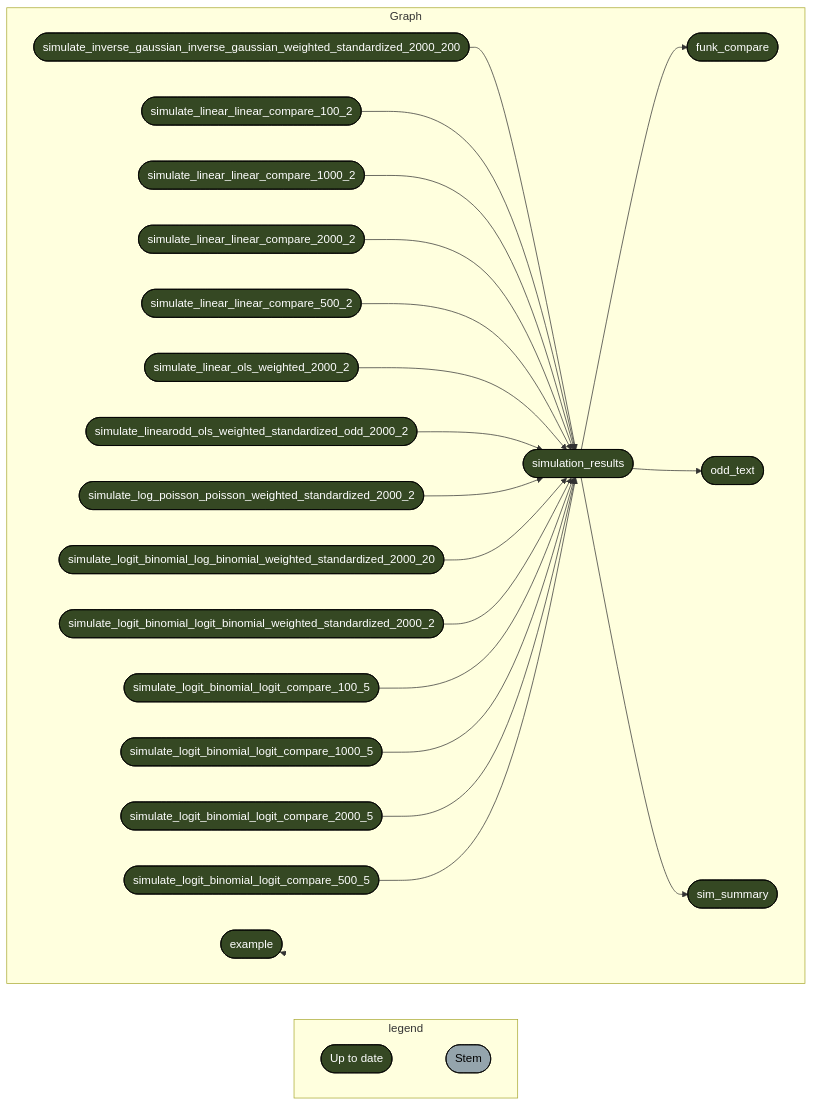
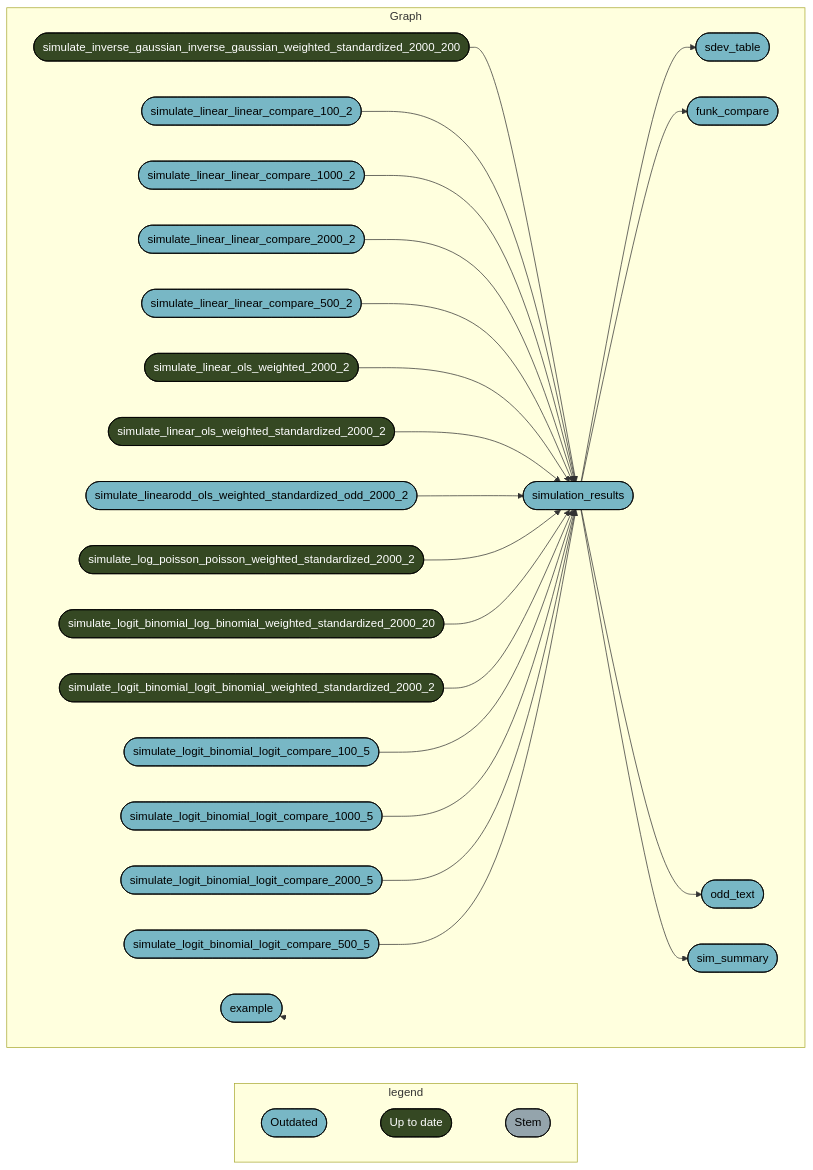
One commit to sachsmc/doubly-robust-glm changed the diagram in vis.mermaid. Above: the diagram before and after it, drawn with Mermaid. The commit also changed 3 other files, not shown here.

Commit message:
update graph

```diff
--- a/vis.mermaid
+++ b/vis.mermaid
@@ -1,30 +1,35 @@
 graph LR
   subgraph legend
     direction LR
+    x0a52b03877696646([""Outdated""]):::outdated --- x7420bd9270f8d27d([""Up to date""]):::uptodate
     x7420bd9270f8d27d([""Up to date""]):::uptodate --- xbf4603d6c2c2ad6b([""Stem""]):::none
   end
   subgraph Graph
     direction LR
-    xda319e07d75bcf17(["simulation_results"]):::uptodate --> x528a48b3a0beaa4a(["funk_compare"]):::uptodate
-    xda319e07d75bcf17(["simulation_results"]):::uptodate --> x096535d843ac58b4(["odd_text"]):::uptodate
-    xda319e07d75bcf17(["simulation_results"]):::uptodate --> x8df1cfa1cec0f4ca(["sim_summary"]):::uptodate
-    x9e69104330fdf6f8(["simulate_inverse_gaussian_inverse_gaussian_weighted_standardized_2000_200"]):::uptodate --> xda319e07d75bcf17(["simulation_results"]):::uptodate
-    x71467bd26b2548ad(["simulate_linear_linear_compare_100_2"]):::uptodate --> xda319e07d75bcf17(["simulation_results"]):::uptodate
-    xe01042d5af18e30e(["simulate_linear_linear_compare_1000_2"]):::uptodate --> xda319e07d75bcf17(["simulation_results"]):::uptodate
-    x116f146dea47cfe7(["simulate_linear_linear_compare_2000_2"]):::uptodate --> xda319e07d75bcf17(["simulation_results"]):::uptodate
-    x9eae9ce78ce473f4(["simulate_linear_linear_compare_500_2"]):::uptodate --> xda319e07d75bcf17(["simulation_results"]):::uptodate
-    x00130b7e30e0600b(["simulate_linear_ols_weighted_2000_2"]):::uptodate --> xda319e07d75bcf17(["simulation_results"]):::uptodate
-    x1e015faaad899be1(["simulate_linearodd_ols_weighted_standardized_odd_2000_2"]):::uptodate --> xda319e07d75bcf17(["simulation_results"]):::uptodate
-    x5ea0a7387f8b2ef9(["simulate_log_poisson_poisson_weighted_standardized_2000_2"]):::uptodate --> xda319e07d75bcf17(["simulation_results"]):::uptodate
-    xac3d6e69f58e5f12(["simulate_logit_binomial_log_binomial_weighted_standardized_2000_20"]):::uptodate --> xda319e07d75bcf17(["simulation_results"]):::uptodate
-    x99723e3e80a40ee6(["simulate_logit_binomial_logit_binomial_weighted_standardized_2000_2"]):::uptodate --> xda319e07d75bcf17(["simulation_results"]):::uptodate
-    x4cc6fc8d5fa9053a(["simulate_logit_binomial_logit_compare_100_5"]):::uptodate --> xda319e07d75bcf17(["simulation_results"]):::uptodate
-    x7649e25e048e52a8(["simulate_logit_binomial_logit_compare_1000_5"]):::uptodate --> xda319e07d75bcf17(["simulation_results"]):::uptodate
-    xee6f069e485dd697(["simulate_logit_binomial_logit_compare_2000_5"]):::uptodate --> xda319e07d75bcf17(["simulation_results"]):::uptodate
-    xe7cf092df7d54f75(["simulate_logit_binomial_logit_compare_500_5"]):::uptodate --> xda319e07d75bcf17(["simulation_results"]):::uptodate
-    xe6eda53558c41c5e(["example"]):::uptodate --> xe6eda53558c41c5e(["example"]):::uptodate
+    xda319e07d75bcf17(["simulation_results"]):::outdated --> x389ac23a8bc5790a(["sdev_table"]):::outdated
+    xda319e07d75bcf17(["simulation_results"]):::outdated --> x528a48b3a0beaa4a(["funk_compare"]):::outdated
+    xda319e07d75bcf17(["simulation_results"]):::outdated --> x096535d843ac58b4(["odd_text"]):::outdated
+    xda319e07d75bcf17(["simulation_results"]):::outdated --> x8df1cfa1cec0f4ca(["sim_summary"]):::outdated
+    x9e69104330fdf6f8(["simulate_inverse_gaussian_inverse_gaussian_weighted_standardized_2000_200"]):::uptodate --> xda319e07d75bcf17(["simulation_results"]):::outdated
+    x71467bd26b2548ad(["simulate_linear_linear_compare_100_2"]):::outdated --> xda319e07d75bcf17(["simulation_results"]):::outdated
+    xe01042d5af18e30e(["simulate_linear_linear_compare_1000_2"]):::outdated --> xda319e07d75bcf17(["simulation_results"]):::outdated
+    x116f146dea47cfe7(["simulate_linear_linear_compare_2000_2"]):::outdated --> xda319e07d75bcf17(["simulation_results"]):::outdated
+    x9eae9ce78ce473f4(["simulate_linear_linear_compare_500_2"]):::outdated --> xda319e07d75bcf17(["simulation_results"]):::outdated
+    x00130b7e30e0600b(["simulate_linear_ols_weighted_2000_2"]):::uptodate --> xda319e07d75bcf17(["simulation_results"]):::outdated
+    x9d6fa315a53f6e26(["simulate_linear_ols_weighted_standardized_2000_2"]):::uptodate --> xda319e07d75bcf17(["simulation_results"]):::outdated
+    x1e015faaad899be1(["simulate_linearodd_ols_weighted_standardized_odd_2000_2"]):::outdated --> xda319e07d75bcf17(["simulation_results"]):::outdated
+    x5ea0a7387f8b2ef9(["simulate_log_poisson_poisson_weighted_standardized_2000_2"]):::uptodate --> xda319e07d75bcf17(["simulation_results"]):::outdated
+    xac3d6e69f58e5f12(["simulate_logit_binomial_log_binomial_weighted_standardized_2000_20"]):::uptodate --> xda319e07d75bcf17(["simulation_results"]):::outdated
+    x99723e3e80a40ee6(["simulate_logit_binomial_logit_binomial_weighted_standardized_2000_2"]):::uptodate --> xda319e07d75bcf17(["simulation_results"]):::outdated
+    x4cc6fc8d5fa9053a(["simulate_logit_binomial_logit_compare_100_5"]):::outdated --> xda319e07d75bcf17(["simulation_results"]):::outdated
+    x7649e25e048e52a8(["simulate_logit_binomial_logit_compare_1000_5"]):::outdated --> xda319e07d75bcf17(["simulation_results"]):::outdated
+    xee6f069e485dd697(["simulate_logit_binomial_logit_compare_2000_5"]):::outdated --> xda319e07d75bcf17(["simulation_results"]):::outdated
+    xe7cf092df7d54f75(["simulate_logit_binomial_logit_compare_500_5"]):::outdated --> xda319e07d75bcf17(["simulation_results"]):::outdated
+    xe6eda53558c41c5e(["example"]):::outdated --> xe6eda53558c41c5e(["example"]):::outdated
   end
+  classDef outdated stroke:#000000,color:#000000,fill:#78B7C5;
   classDef uptodate stroke:#000000,color:#ffffff,fill:#354823;
   classDef none stroke:#000000,color:#000000,fill:#94a4ac;
   linkStyle 0 stroke-width:0px;
-  linkStyle 18 stroke-width:0px;
+  linkStyle 1 stroke-width:0px;
+  linkStyle 21 stroke-width:0px;
```
